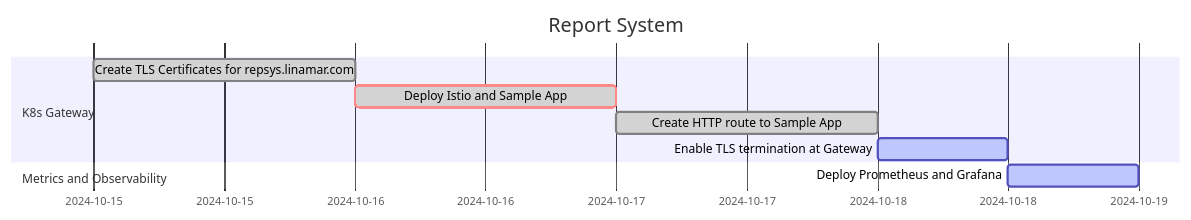
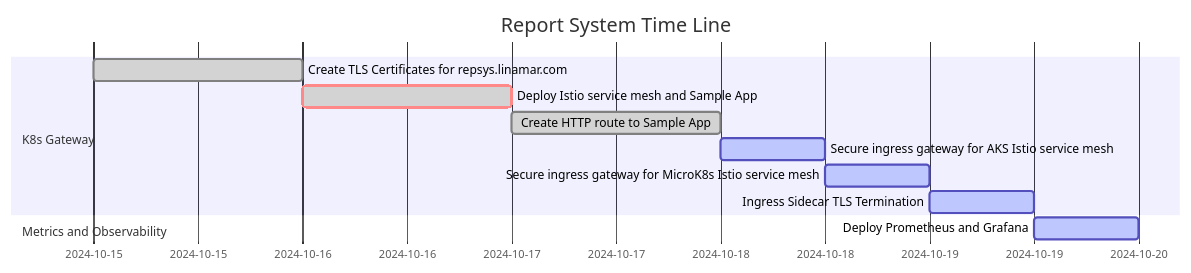
Before and after one commit to brentgroves/repsys: the first of 2 diagrams in development/report_system/task_gantt.md, drawn with Mermaid. The commit also changed other lines of this file and 7 other files, not shown here.

````diff
--- a/development/report_system/task_gantt.md
+++ b/development/report_system/task_gantt.md
@@ -12,16 +11,18 @@
 ```mermaid
 gantt
     dateFormat  YYYY-MM-DD
-    title       Report System
+    title       Report System Time Line
     excludes    weekends
     %% (`excludes` accepts specific dates in YYYY-MM-DD format, days of the week ("sunday") or "weekends", but not the word "weekdays".)
 
     section K8s Gateway 
     Create TLS Certificates for repsys.linamar.com  :done,t10,2024-10-15,1d
-    Deploy Istio and Sample App                     :crit,done,t20,after t10,1d
+    Deploy Istio service mesh and Sample App                     :crit,done,t20,after t10,1d
     Create HTTP route to Sample App                 :done,t30,after t20,1d
-    Enable TLS termination at Gateway               :active,done,t40,after t30,12h
+    Secure ingress gateway for AKS Istio service mesh               :active,done,t40,after t30,12h
+    Secure ingress gateway for MicroK8s Istio service mesh          :active,done,t45,after t40,12h
+    Ingress Sidecar TLS Termination                                 :active,done,t47,after t45,12h
     section Metrics and Observability 
-    Deploy Prometheus and Grafana                   :active,done,t50,after t40,12h
+    Deploy Prometheus and Grafana                   :active,done,t50,after t47,12h
 
 ```
````
